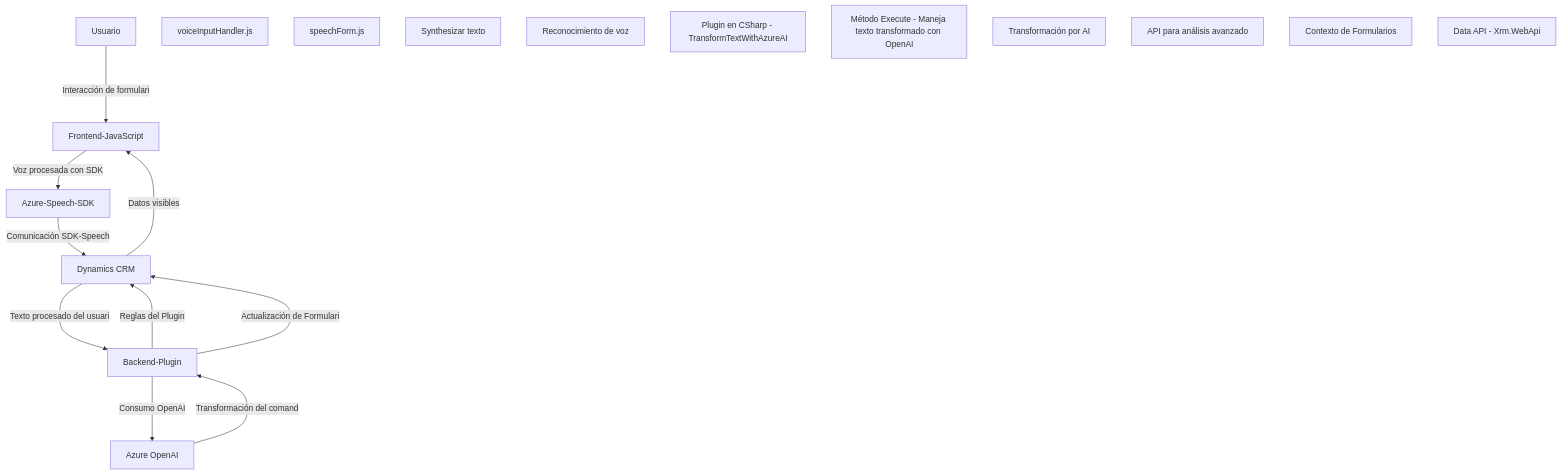
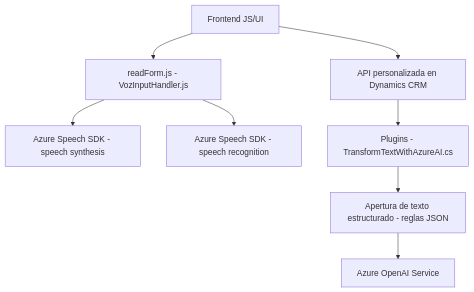
One commit to blopezdm/NETCORE_BILBAO2025 changed the diagram in README.md. Above: the diagram before and after it, drawn with Mermaid. The commit also changed other lines of this file, not shown here.

Commit message:
Actualizar análisis global de la solución con IA

````diff
--- a/README.md
+++ b/README.md
@@ -50,34 +35,11 @@
 ```mermaid
 graph TD
-    A["Usuario"]
+    A["Frontend JS/UI"] --> B["readForm.js - VozInputHandler.js"]
+    B --> C["Azure Speech SDK - speech synthesis"]
+    B --> D["Azure Speech SDK - speech recognition"]
+    A --> E["API personalizada en Dynamics CRM"]
+    E --> F["Plugins - TransformTextWithAzureAI.cs"]
+    F --> G["Apertura de texto estructurado - reglas JSON"]
+    G --> H["Azure OpenAI Service"]
 
-    B["Frontend-JavaScript"]
-    B1["voiceInputHandler.js"]
-    B2["speechForm.js"]
-
-    C["Azure-Speech-SDK"]
-    C1["Synthesizar texto"]
-    C2["Reconocimiento de voz"]
-
-    D["Backend-Plugin"]
-    D1["Plugin en CSharp - TransformTextWithAzureAI"]
-    D2["Método Execute - Maneja texto transformado con OpenAI"]
-
-    E["Azure OpenAI"]
-    E1["Transformación por AI"]
-    E2["API para análisis avanzado"]
-
-    F["Dynamics CRM"]
-    F1["Contexto de Formularios"]
-    F2["Data API - Xrm.WebApi"]
-    
-    A--Interacción de formulario-->B
-    B--Voz procesada con SDK-->C
-    C--Comunicación SDK-Speech-->F
-    F--Datos visibles-->B
-    D--Reglas del Plugin-->F
-    F--Texto procesado del usuario-->D
-    D--Consumo OpenAI-->E
-    E--Transformación del comando-->D
-    D--Actualización de Formulario-->F
 ```
````
